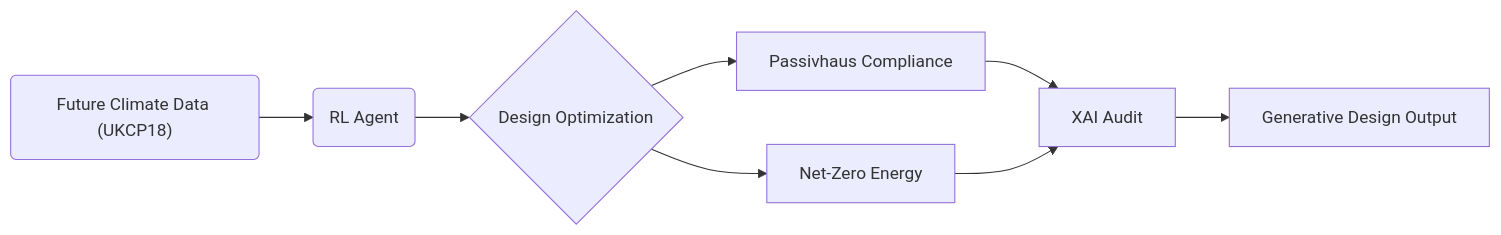
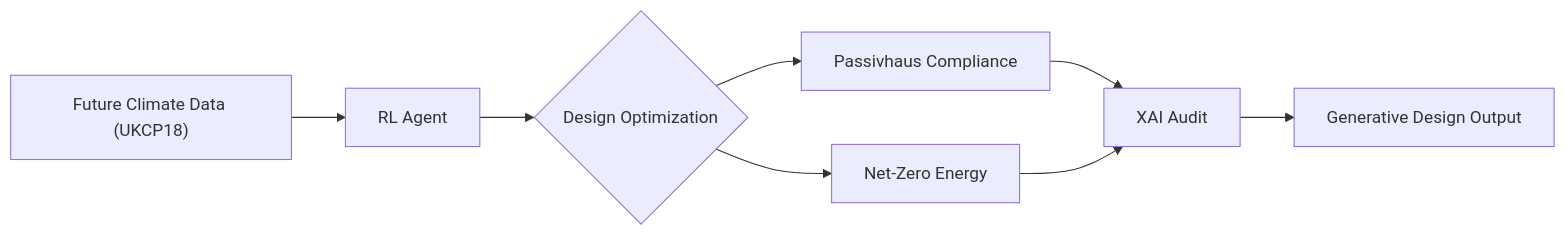
One commit to rossedward-arch/ml-generative-energy-design changed the diagram in docs/phd_proposal.md. Above: the diagram before and after it, drawn with Mermaid. The commit also changed other lines of this file, not shown here.

````diff
--- a/docs/phd_proposal.md
+++ b/docs/phd_proposal.md
@@ -69,10 +65,10 @@
 ```mermaid
 graph LR
-    A("Future Climate Data (UKCP18)") --> B("RL Agent")
+    A["Future Climate Data (UKCP18)"] --> B["RL Agent"]
     B --> C{"Design Optimization"}
     C --> D["Passivhaus Compliance"]
     C --> E["Net-Zero Energy"]
     D --> F["XAI Audit"]
     E --> F
     F --> G["Generative Design Output"]
 ```
````
